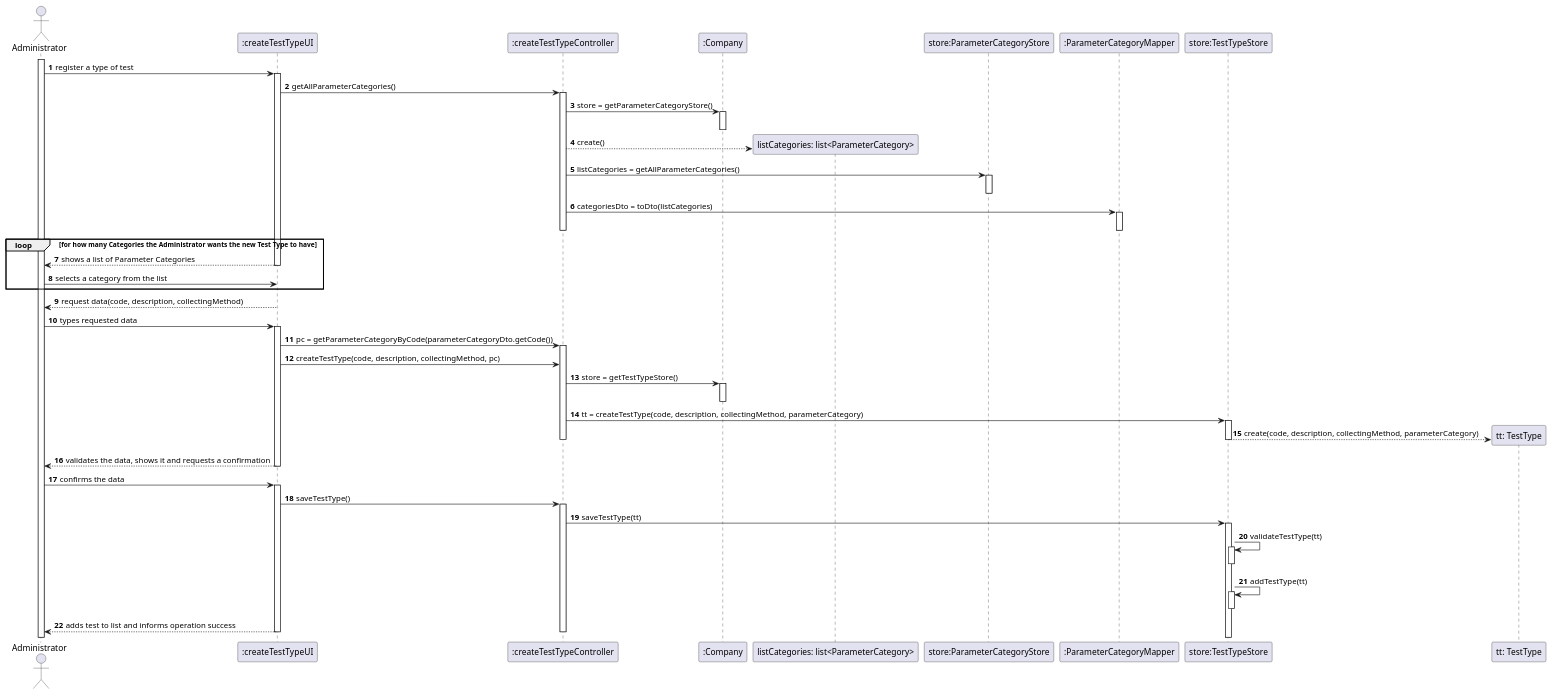
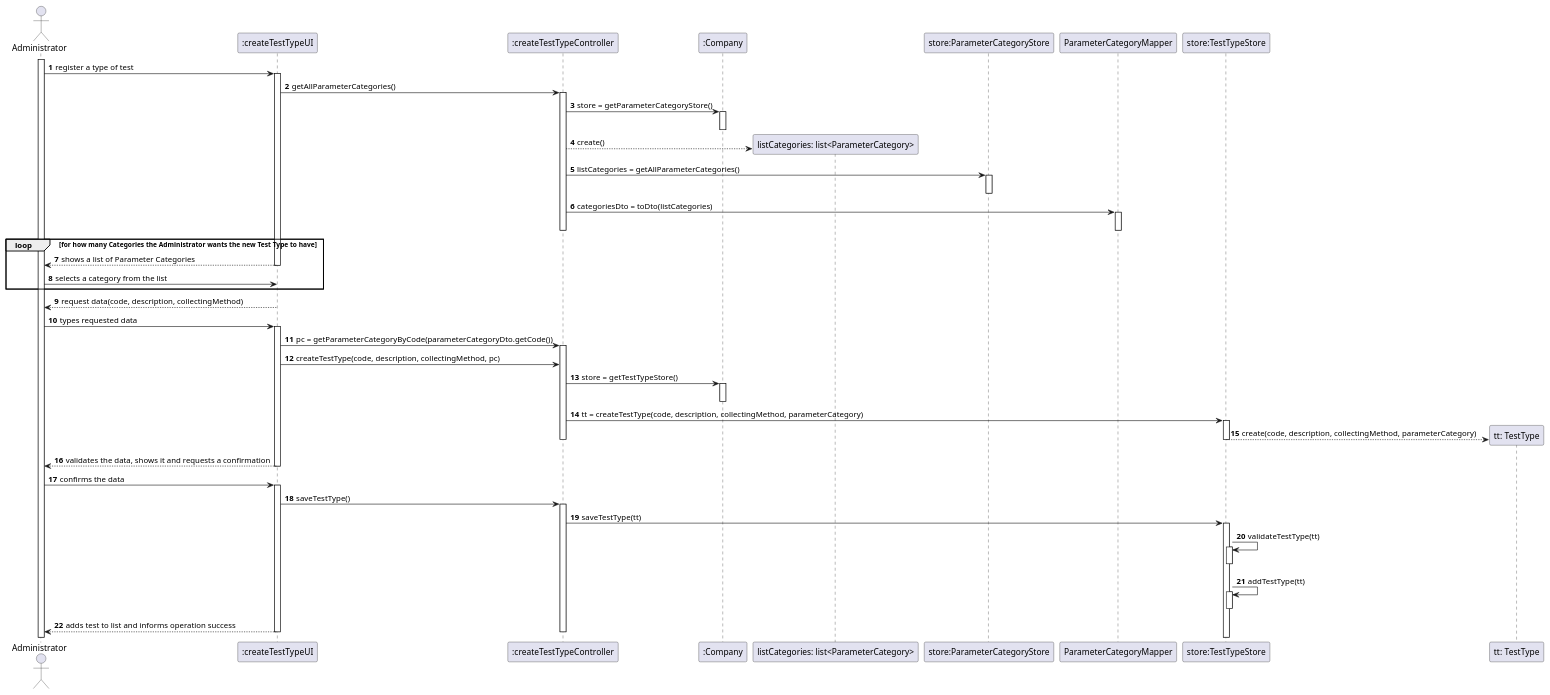
Before and after one commit to 0franciscor/lei-21-s2-1de-g19: the diagram in docs/SprintC/US09/US09-SD.puml, drawn with PlantUML. The commit also changed 4 other files, not shown here.

Commit message:
[Fixes-Issue] - Fix do jar [US-09] - Alteração do Diagrama SD

```diff
--- a/docs/SprintC/US09/US09-SD.puml
+++ b/docs/SprintC/US09/US09-SD.puml
@@ -1,79 +1,79 @@
 @startuml
 autonumber
 actor "Administrator" as admin
 activate admin
 
 admin -> ":createTestTypeUI" : register a type of test
 
 
 activate ":createTestTypeUI"
 ":createTestTypeUI" -> ":createTestTypeController": getAllParameterCategories()
 
 
 activate ":createTestTypeController"
 ":createTestTypeController" -> ":Company": store = getParameterCategoryStore()
 activate ":Company"
 deactivate ":Company"
 
 
 create "listCategories: list<ParameterCategory>"
 ":createTestTypeController" --> "listCategories: list<ParameterCategory>": create()
 
 
 ":createTestTypeController" -> "store:ParameterCategoryStore": listCategories = getAllParameterCategories()
 activate "store:ParameterCategoryStore"
 deactivate "store:ParameterCategoryStore"
 
 
-":createTestTypeController" -> ":ParameterCategoryMapper": categoriesDto = toDto(listCategories)
-activate ":ParameterCategoryMapper"
-deactivate ":ParameterCategoryMapper"
+":createTestTypeController" -> "ParameterCategoryMapper": categoriesDto = toDto(listCategories)
+activate "ParameterCategoryMapper"
+deactivate "ParameterCategoryMapper"
 deactivate ":createTestTypeController"
 
 loop for how many Categories the Administrator wants the new Test Type to have
 ":createTestTypeUI" --> admin: shows a list of Parameter Categories
 deactivate ":createTestTypeUI"
 admin -> ":createTestTypeUI": selects a category from the list
 end
 
 activate ":createTestTypeUI"
 ":createTestTypeUI" --> admin: request data(code, description, collectingMethod)
 deactivate ":createTestTypeUI"
 deactivate ":createTestTypeUI"
 admin -> ":createTestTypeUI" : types requested data
 activate ":createTestTypeUI"
 
 ":createTestTypeUI" -> ":createTestTypeController": pc = getParameterCategoryByCode(parameterCategoryDto.getCode())
 activate ":createTestTypeController"
 ":createTestTypeUI" -> ":createTestTypeController": createTestType(code, description, collectingMethod, pc)
 
 ":createTestTypeController" -> ":Company" : store = getTestTypeStore()
 activate ":Company"
 deactivate ":Company"
 ":createTestTypeController" -> "store:TestTypeStore" : tt = createTestType(code, description, collectingMethod, parameterCategory)
 activate "store:TestTypeStore"
 create "tt: TestType"
 "store:TestTypeStore" --> "tt: TestType" : create(code, description, collectingMethod, parameterCategory)
 deactivate "store:TestTypeStore"
 
 deactivate ":createTestTypeController"
 ":createTestTypeUI" --> admin: validates the data, shows it and requests a confirmation
 deactivate ":createTestTypeUI"
 admin -> ":createTestTypeUI": confirms the data
 activate ":createTestTypeUI"
 ":createTestTypeUI" -> ":createTestTypeController": saveTestType()
 activate ":createTestTypeController"
 
 ":createTestTypeController" -> "store:TestTypeStore"++ : saveTestType(tt)
 "store:TestTypeStore" -> "store:TestTypeStore": validateTestType(tt)
 activate "store:TestTypeStore"
 deactivate "store:TestTypeStore"
 "store:TestTypeStore" -> "store:TestTypeStore": addTestType(tt)
 activate "store:TestTypeStore"
 deactivate "store:TestTypeStore"
 
 
 ":createTestTypeUI" --> admin: adds test to list and informs operation success
 deactivate ":createTestTypeController"
 deactivate ":createTestTypeUI"
 @enduml
```
